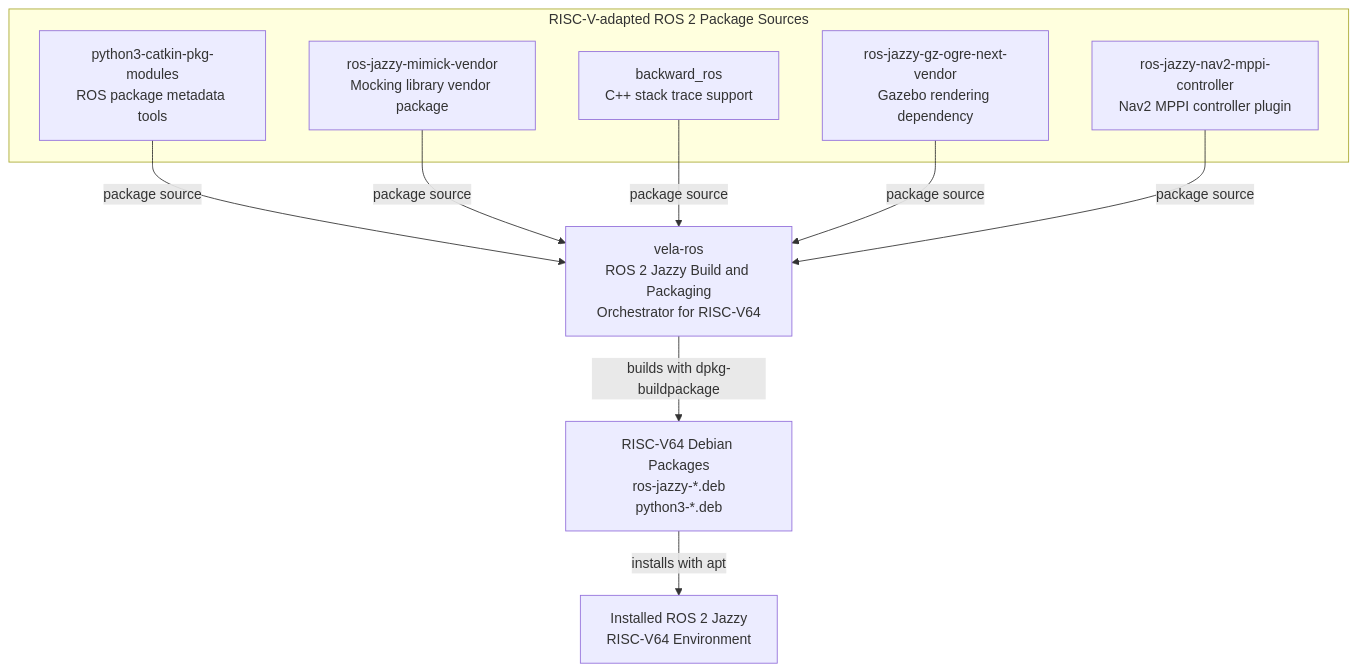
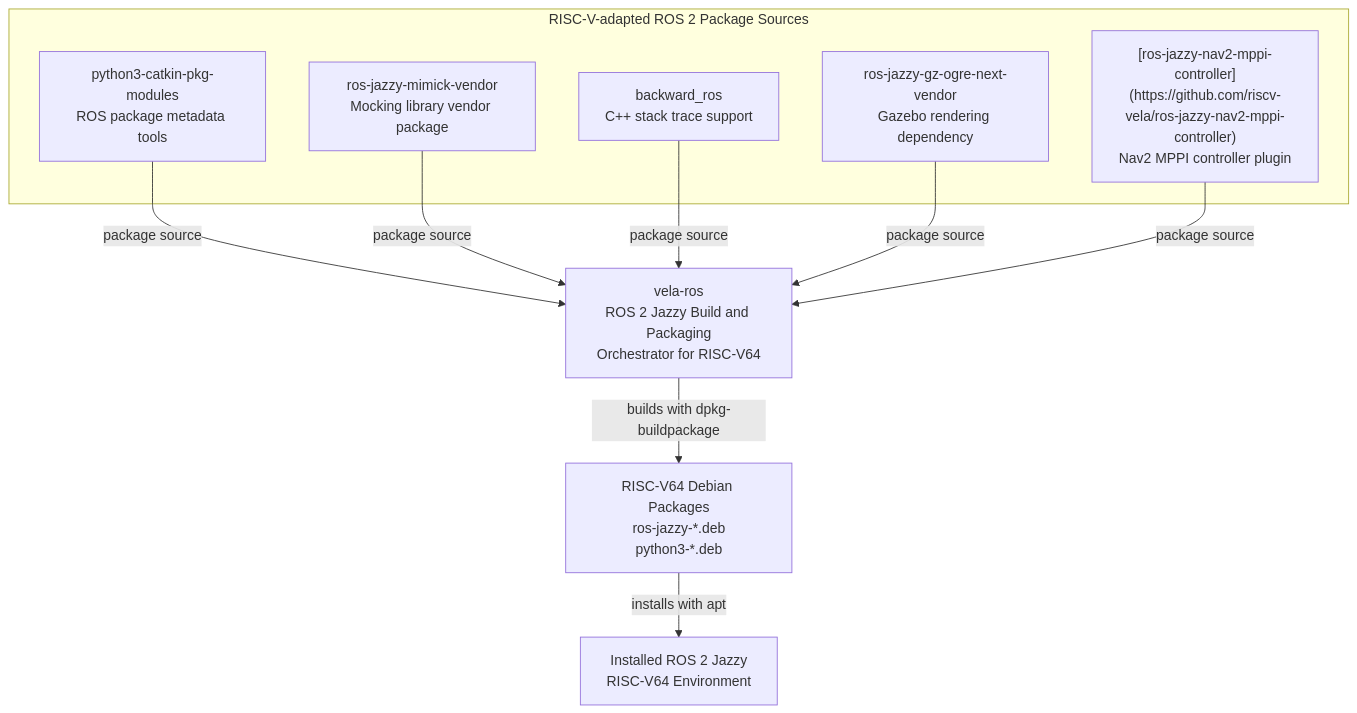
Before and after one commit to junho-falinux/vela-ros: the diagram in README.md, drawn with Mermaid.

Commit message:
Update MPPI link in README.md

````diff
--- a/README.md
+++ b/README.md
@@ -15,25 +15,25 @@
 ```mermaid
 flowchart TB
     subgraph SOURCES["RISC-V-adapted ROS 2 Package Sources"]
         CATKIN["python3-catkin-pkg-modules<br/>ROS package metadata tools"]
         MIMICK["ros-jazzy-mimick-vendor<br/>Mocking library vendor package"]
         BACKWARD["backward_ros<br/>C++ stack trace support"]
         OGRE["ros-jazzy-gz-ogre-next-vendor<br/>Gazebo rendering dependency"]
-        MPPI["ros-jazzy-nav2-mppi-controller<br/>Nav2 MPPI controller plugin"]
+        MPPI["[ros-jazzy-nav2-mppi-controller](https://github.com/riscv-vela/ros-jazzy-nav2-mppi-controller)<br/>Nav2 MPPI controller plugin"]
     end
 
     VELA["vela-ros<br/>ROS 2 Jazzy Build and Packaging<br/>Orchestrator for RISC-V64"]
 
     DEBS["RISC-V64 Debian Packages<br/>ros-jazzy-*.deb<br/>python3-*.deb"]
 
     ENV["Installed ROS 2 Jazzy<br/>RISC-V64 Environment"]
 
     CATKIN -->|"package source"| VELA
     MIMICK -->|"package source"| VELA
     BACKWARD -->|"package source"| VELA
     OGRE -->|"package source"| VELA
     MPPI -->|"package source"| VELA
 
     VELA -->|"builds with dpkg-buildpackage"| DEBS
     DEBS -->|"installs with apt"| ENV
 ```
````
